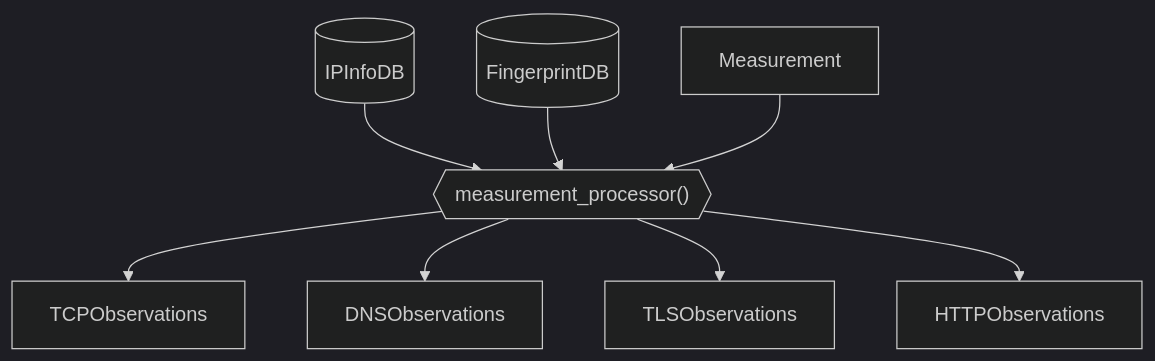
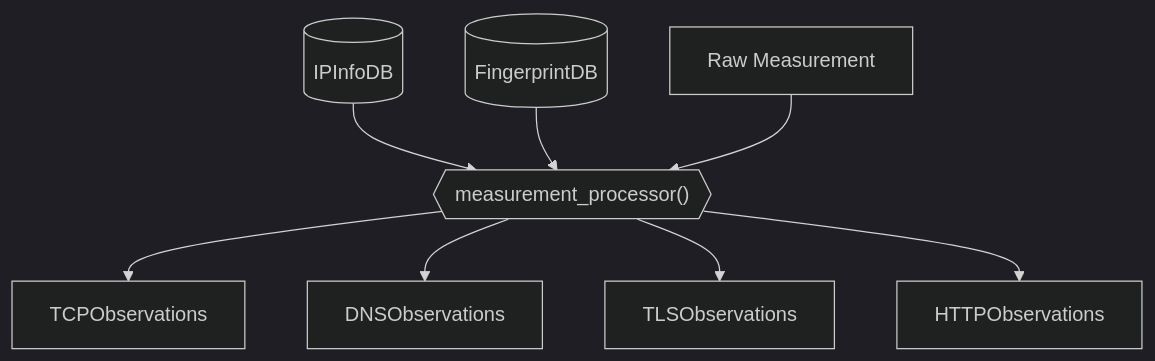
Before and after one commit to ooni/data: the first of 4 diagrams in Readme.md, drawn with Mermaid (dark theme). The commit also changed other lines of this file and 15 other files, not shown here.

Commit message:
chore: changes during architecture review

````diff
--- a/Readme.md
+++ b/Readme.md
@@ -34,11 +40,11 @@
 ```mermaid
 graph TD
     IPInfoDB[(IPInfoDB)] --> MsmtProcessor
     FingerprintDB[(FingerprintDB)] --> MsmtProcessor
 
-    Msmt[Measurement] --> MsmtProcessor{{"measurement_processor()"}}
+    Msmt[Raw Measurement] --> MsmtProcessor{{"measurement_processor()"}}
     MsmtProcessor --> TCPObservations
     MsmtProcessor --> DNSObservations
     MsmtProcessor --> TLSObservations
     MsmtProcessor --> HTTPObservations
 ```
````
